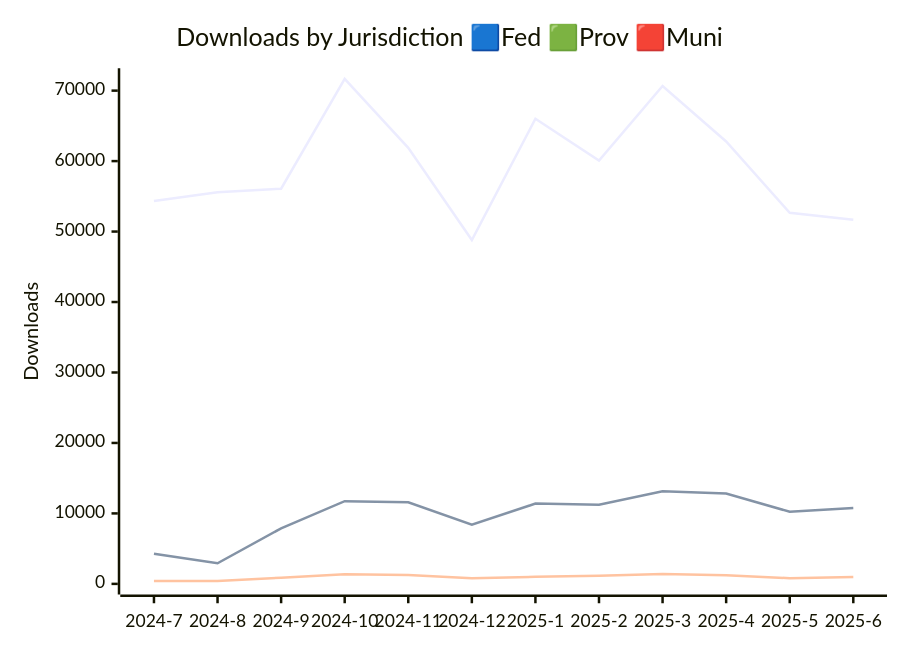
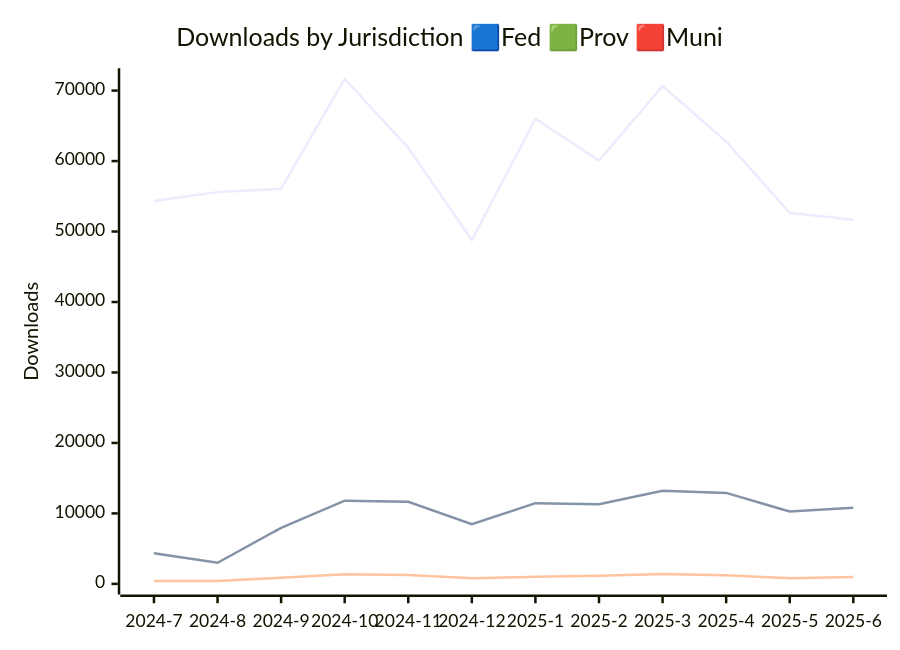
Before and after one commit to open-data/analytics-corporate-reporting: the diagram in JURISDICTION_ANALYTICS_REPORT/readme.md, drawn with Mermaid. The commit also changed 3 other files, not shown here.

````diff
--- a/JURISDICTION_ANALYTICS_REPORT/readme.md
+++ b/JURISDICTION_ANALYTICS_REPORT/readme.md
@@ -4,10 +4,10 @@
 ```mermaid
 
 xychart-beta
     title "Downloads by Jurisdiction 🟦Fed 🟩Prov 🟥Muni"
     x-axis [2024-7, 2024-8, 2024-9, 2024-10, 2024-11, 2024-12, 2025-1, 2025-2, 2025-3, 2025-4, 2025-5, 2025-6]
-    y-axis "Downloads" 0 --> 71669
-    line [54345, 55595, 56078, 71659, 61882, 48794, 66005, 60083, 70658, 62786, 52668, 51668]
-    line [4285, 2917, 7885, 11737, 11569, 8414, 11389, 11217, 13153, 12828, 10233, 10769]
+    y-axis "Downloads" 0 --> 71663
+    line [54331, 55592, 56076, 71653, 61880, 48792, 66001, 60081, 70650, 62777, 52664, 51665]
+    line [4341, 2990, 7954, 11808, 11656, 8462, 11453, 11304, 13218, 12907, 10271, 10818]
     line [416, 398, 879, 1358, 1267, 801, 1001, 1170, 1408, 1229, 806, 966]
 ```
````
